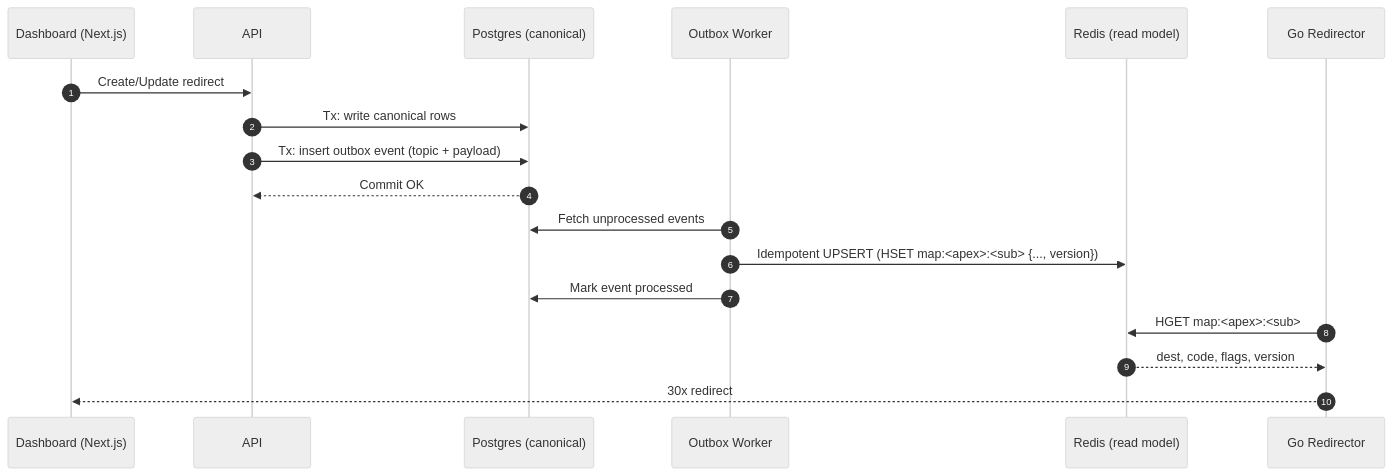
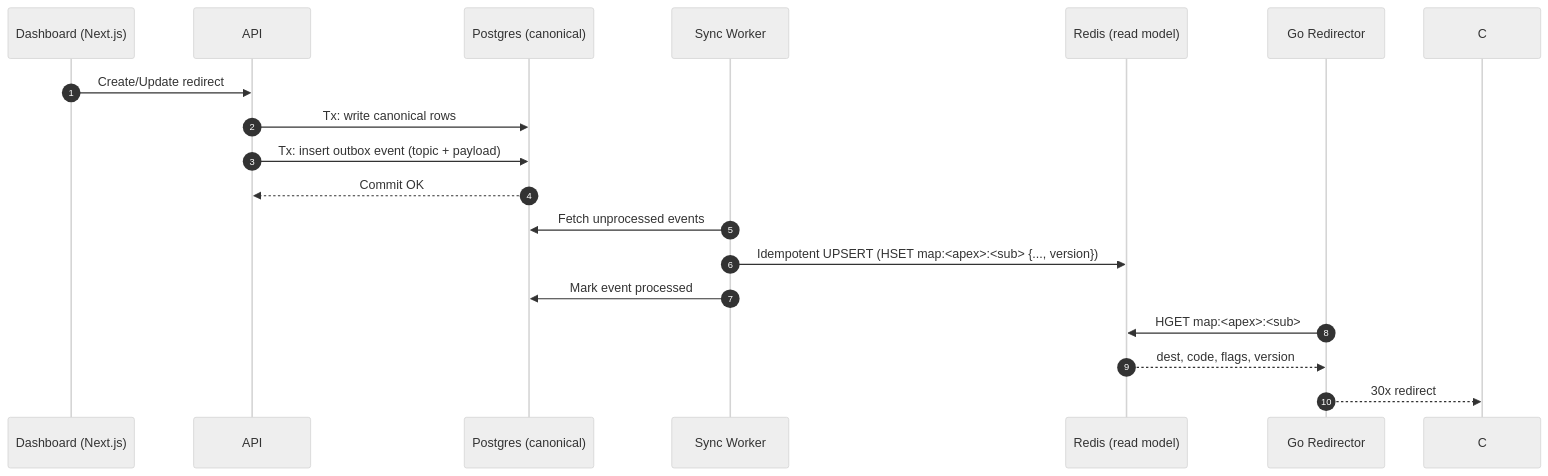
One commit to LeonardoTrapani/rediredge changed the second of 2 diagrams in README.md. Above: the diagram before and after it, drawn with Mermaid (neutral theme). The commit also changed other lines of this file, not shown here.

````diff
--- a/README.md
+++ b/README.md
@@ -123,23 +118,23 @@
 ```mermaid
 sequenceDiagram
   autonumber
   participant UI as Dashboard (Next.js)
   participant API as API
   participant PG as Postgres (canonical)
-  participant OB as Outbox Worker
+  participant SW as Sync Worker
   participant R as Redis (read model)
   participant GO as Go Redirector
 
   UI->>API: Create/Update redirect
   API->>PG: Tx: write canonical rows
   API->>PG: Tx: insert outbox event (topic + payload)
   PG-->>API: Commit OK
 
-  OB->>PG: Fetch unprocessed events
-  OB->>R: Idempotent UPSERT (HSET map:<apex>:<sub> {..., version})
-  OB->>PG: Mark event processed
+  SW->>PG: Fetch unprocessed events
+  SW->>R: Idempotent UPSERT (HSET map:<apex>:<sub> {..., version})
+  SW->>PG: Mark event processed
 
   GO->>R: HGET map:<apex>:<sub>
   R-->>GO: dest, code, flags, version
-  GO-->>UI: 30x redirect
+  GO-->>C: 30x redirect
 ```
````
